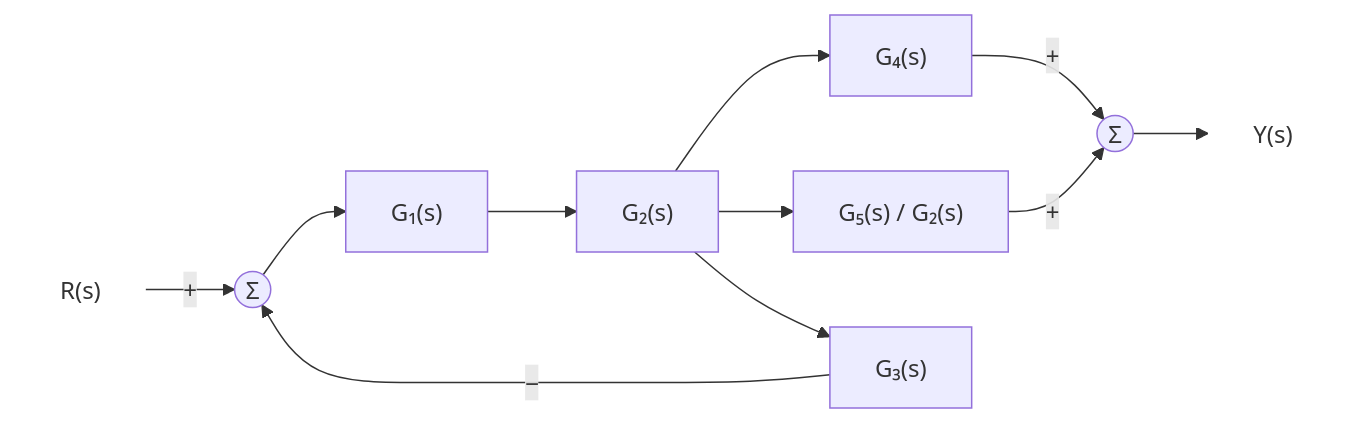
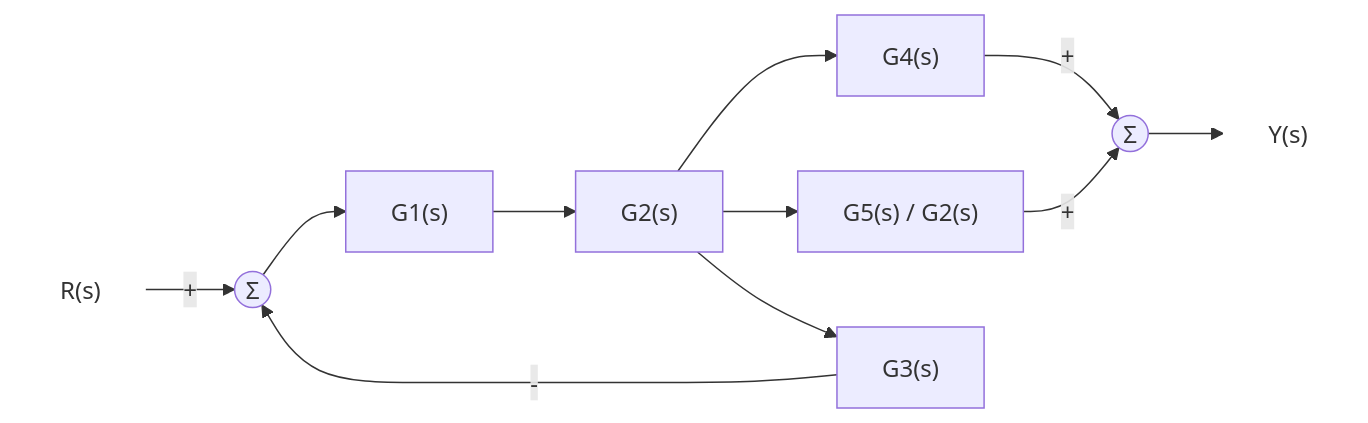
Before and after one commit to Choroning/25Fall_Neural-Network-Control-Systems: diagram 14 of 15 in Lecture-Notes/Week05_Control-System-Modeling-II/Concepts_Lecture.ko.md, drawn with Mermaid. The commit also changed other lines of this file and 25 other files, not shown here.

````diff
--- a/Lecture-Notes/Week05_Control-System-Modeling-II/Concepts_Lecture.ko.md
+++ b/Lecture-Notes/Week05_Control-System-Modeling-II/Concepts_Lecture.ko.md
@@ -910,15 +912,15 @@
 ```mermaid
 flowchart LR
-  R["R(s)"] -->|"+"| S1(("Σ"))
-  S1 --> G1["G₁(s)"]
-  G1 --> G2["G₂(s)"]
-  G2 --> G4["G₄(s)"]
-  G2 --> G52["G₅(s) / G₂(s)"]
-  G2 --> G3["G₃(s)"]
-  G3 -->|"−"| S1
-  G4 -->|"+"| S2(("Σ"))
-  G52 -->|"+"| S2
+  R["R(s)"] -->|"#43;"| S1(("Σ"))
+  S1 --> G1["G1(s)"]
+  G1 --> G2["G2(s)"]
+  G2 --> G4["G4(s)"]
+  G2 --> G52["G5(s) / G2(s)"]
+  G2 --> G3["G3(s)"]
+  G3 -->|"#45;"| S1
+  G4 -->|"#43;"| S2(("Σ"))
+  G52 -->|"#43;"| S2
   S2 --> Y["Y(s)"]
   classDef sig fill:none,stroke:none;
   class R,Y sig;
 ```
````
